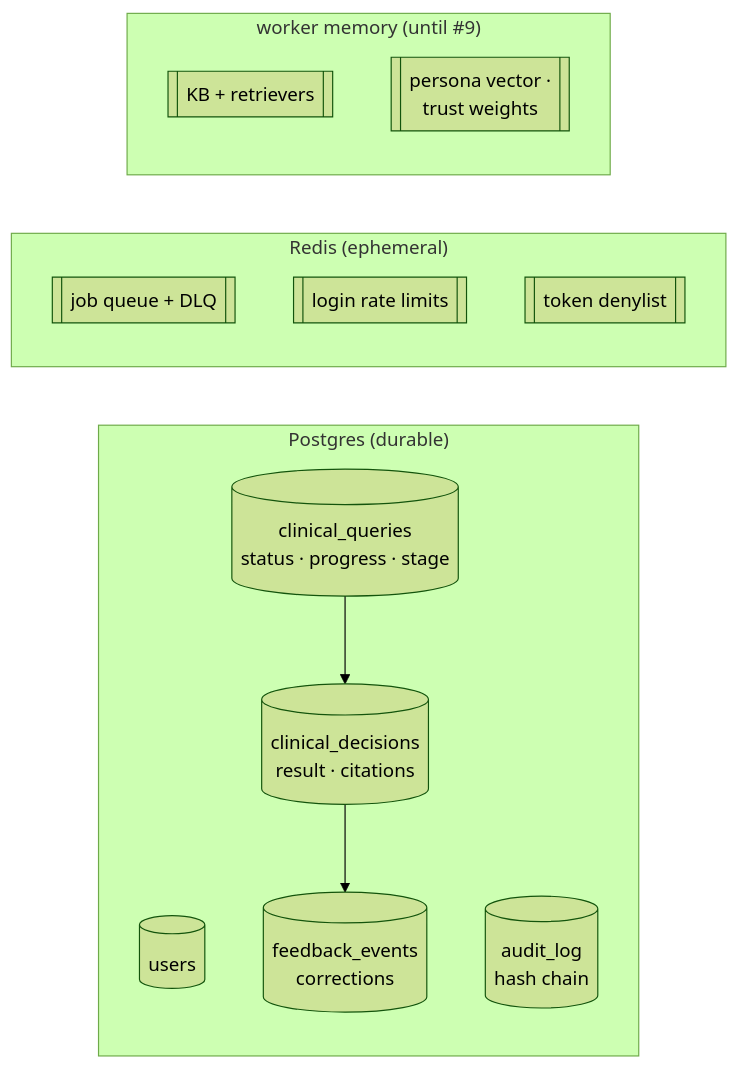
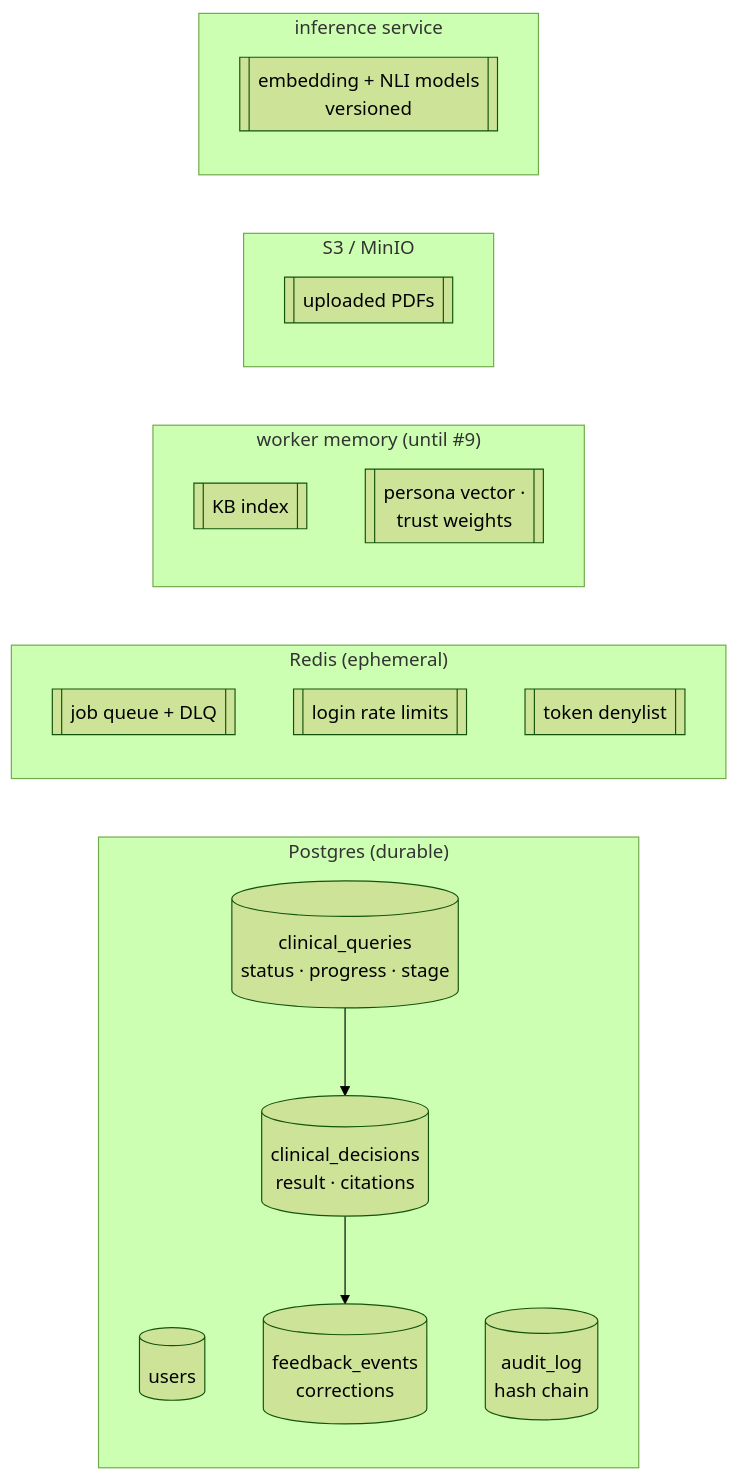
One commit to Measured-Health/mhai-multiagent changed the eighth of 10 diagrams in ARCHITECTURE.md. Above: the diagram before and after it, drawn with Mermaid (forest theme). The commit also changed other lines of this file and 2 other files, not shown here.

````diff
--- a/ARCHITECTURE.md
+++ b/ARCHITECTURE.md
@@ -206,20 +217,26 @@
 ```mermaid
 flowchart LR
     subgraph PG["Postgres (durable)"]
         users[(users)]
         cq[(clinical_queries<br/>status · progress · stage)]
         cd[(clinical_decisions<br/>result · citations)]
         fb[(feedback_events<br/>corrections)]
         audit[(audit_log<br/>hash chain)]
     end
     subgraph RD["Redis (ephemeral)"]
         jobs[[job queue + DLQ]]
         rl[[login rate limits]]
         deny[[token denylist]]
     end
     subgraph WM["worker memory (until #9)"]
-        kb[[KB + retrievers]]
+        kb[[KB index]]
         learn[[persona vector ·<br/>trust weights]]
+    end
+    subgraph S3["S3 / MinIO"]
+        docs[[uploaded PDFs]]
+    end
+    subgraph INF["inference service"]
+        models[[embedding + NLI models<br/>versioned]]
     end
     cq --> cd --> fb
 ```
````
